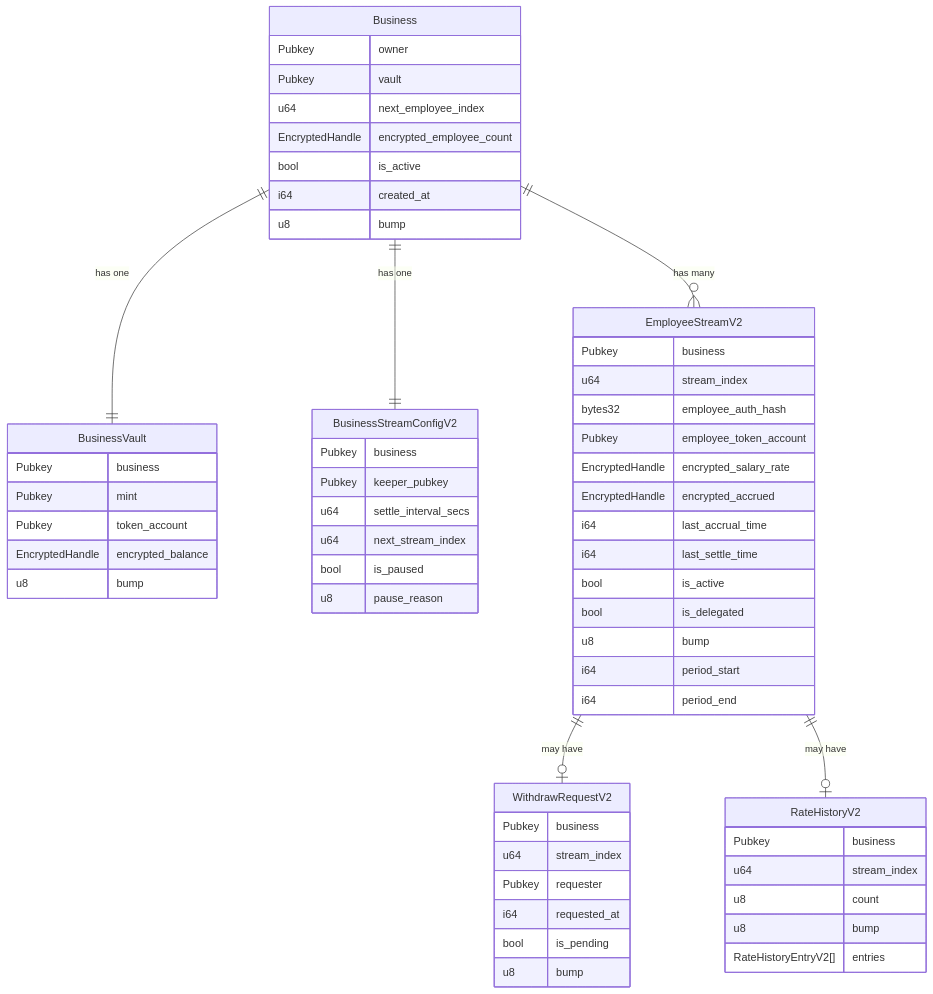
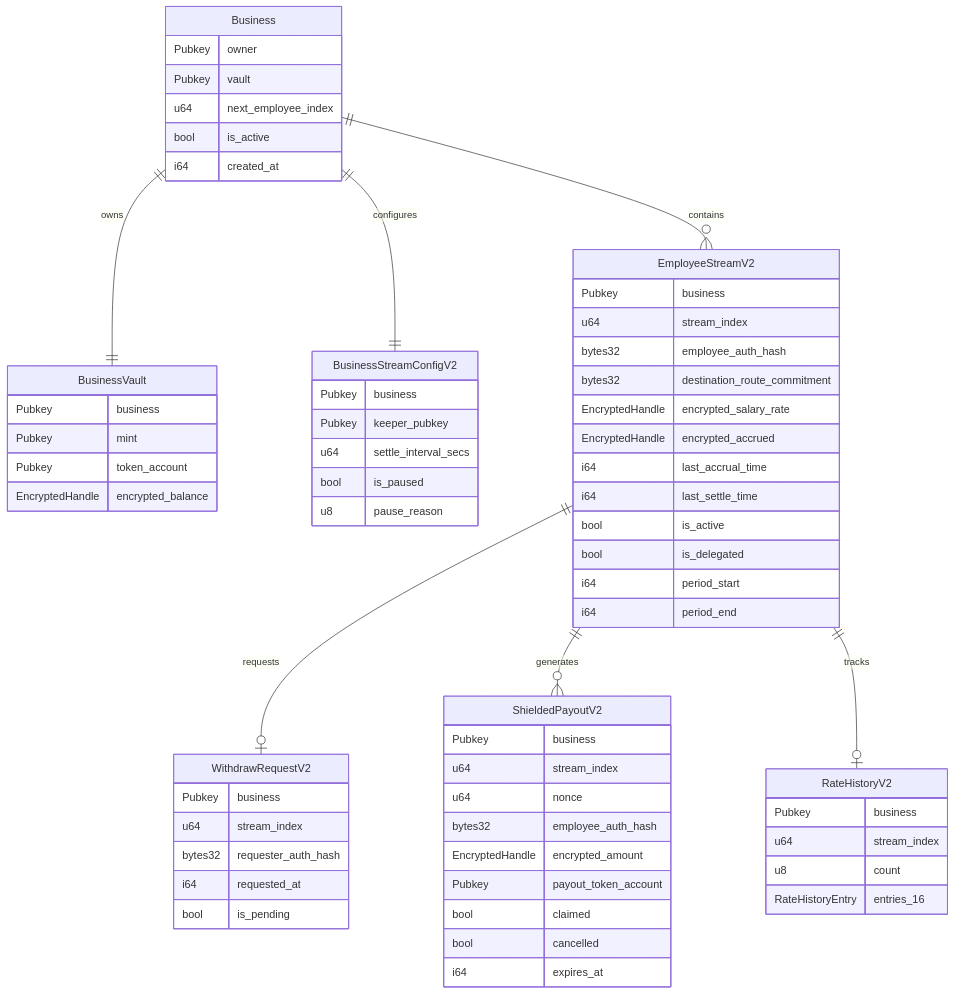
One commit to shumhn/Expensee changed the ninth of 9 diagrams in README.md. Above: the diagram before and after it, drawn with Mermaid. The commit also changed other lines of this file, not shown here.

First line of the commit message:
docs: complete overhaul of README with system diagrams and market thesis

````diff
--- a/README.md
+++ b/README.md
@@ -364,68 +467,74 @@
 ```mermaid
 erDiagram
-    Business ||--|| BusinessVault : "has one"
-    Business ||--|| BusinessStreamConfigV2 : "has one"
-    Business ||--o{ EmployeeStreamV2 : "has many"
-    EmployeeStreamV2 ||--o| WithdrawRequestV2 : "may have"
-    EmployeeStreamV2 ||--o| RateHistoryV2 : "may have"
+    Business ||--|| BusinessVault : "owns"
+    Business ||--|| BusinessStreamConfigV2 : "configures"
+    Business ||--o{ EmployeeStreamV2 : "contains"
+    EmployeeStreamV2 ||--o| WithdrawRequestV2 : "requests"
+    EmployeeStreamV2 ||--o{ ShieldedPayoutV2 : "generates"
+    EmployeeStreamV2 ||--o| RateHistoryV2 : "tracks"
 
     Business {
         Pubkey owner
         Pubkey vault
         u64 next_employee_index
-        EncryptedHandle encrypted_employee_count
         bool is_active
         i64 created_at
-        u8 bump
     }
 
     BusinessVault {
         Pubkey business
         Pubkey mint
         Pubkey token_account
         EncryptedHandle encrypted_balance
-        u8 bump
     }
 
     BusinessStreamConfigV2 {
         Pubkey business
         Pubkey keeper_pubkey
         u64 settle_interval_secs
-        u64 next_stream_index
         bool is_paused
         u8 pause_reason
     }
 
     EmployeeStreamV2 {
         Pubkey business
         u64 stream_index
         bytes32 employee_auth_hash
-        Pubkey employee_token_account
+        bytes32 destination_route_commitment
         EncryptedHandle encrypted_salary_rate
         EncryptedHandle encrypted_accrued
         i64 last_accrual_time
         i64 last_settle_time
         bool is_active
         bool is_delegated
-        u8 bump
         i64 period_start
         i64 period_end
+    }
+
+    ShieldedPayoutV2 {
+        Pubkey business
+        u64 stream_index
+        u64 nonce
+        bytes32 employee_auth_hash
+        EncryptedHandle encrypted_amount
+        Pubkey payout_token_account
+        bool claimed
+        bool cancelled
+        i64 expires_at
     }
 
     WithdrawRequestV2 {
         Pubkey business
         u64 stream_index
-        Pubkey requester
+        bytes32 requester_auth_hash
         i64 requested_at
         bool is_pending
-        u8 bump
     }
 
     RateHistoryV2 {
         Pubkey business
         u64 stream_index
         u8 count
-        u8 bump
-        RateHistoryEntryV2[] entries
+        RateHistoryEntry entries_16
     }
 ```
````
